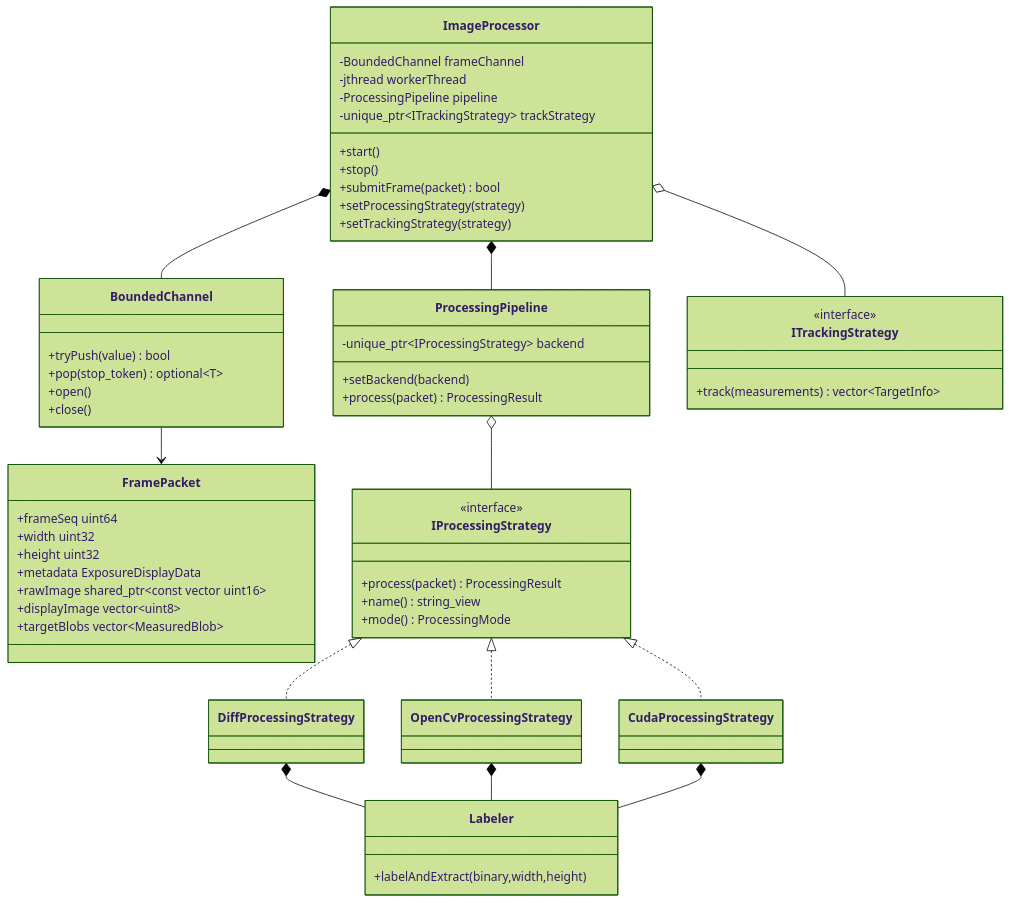
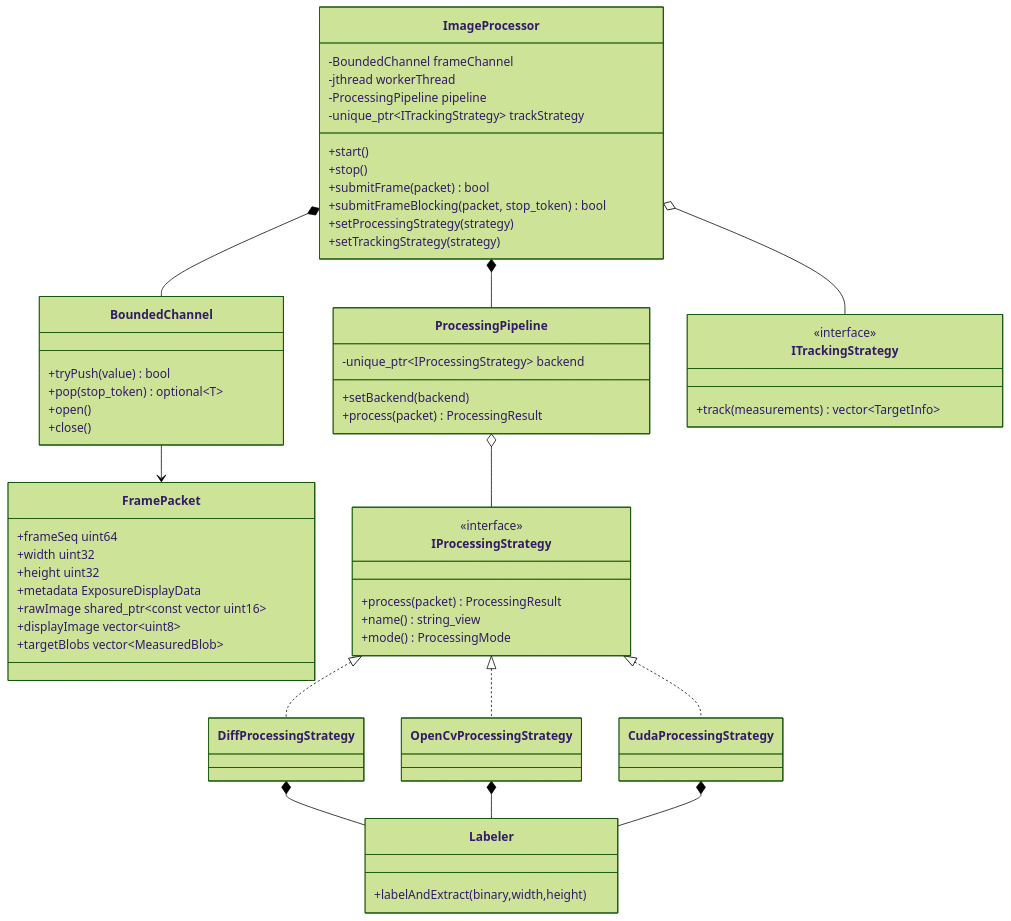
The second of 5 diagrams in docs/module-processing.md (with-fair-wind/1mZGG), drawn with Mermaid (forest theme) before and after one commit. The commit also changed other lines of this file and 21 other files, not shown here.

````diff
--- a/docs/module-processing.md
+++ b/docs/module-processing.md
@@ -191,62 +193,63 @@
 ```mermaid
 classDiagram
     class FramePacket {
         +frameSeq uint64
         +width uint32
         +height uint32
         +metadata ExposureDisplayData
         +rawImage shared_ptr~const vector uint16~
         +displayImage vector~uint8~
         +targetBlobs vector~MeasuredBlob~
     }
     class BoundedChannel {
         +tryPush(value) bool
         +pop(stop_token) optional~T~
         +open()
         +close()
     }
     class ImageProcessor {
         -BoundedChannel frameChannel
         -jthread workerThread
         -ProcessingPipeline pipeline
         -unique_ptr~ITrackingStrategy~ trackStrategy
         +start()
         +stop()
         +submitFrame(packet) bool
+        +submitFrameBlocking(packet, stop_token) bool
         +setProcessingStrategy(strategy)
         +setTrackingStrategy(strategy)
     }
     class ProcessingPipeline {
         -unique_ptr~IProcessingStrategy~ backend
         +setBackend(backend)
         +process(packet) ProcessingResult
     }
     class IProcessingStrategy {
         <<interface>>
         +process(packet) ProcessingResult
         +name() string_view
         +mode() ProcessingMode
     }
     class DiffProcessingStrategy
     class OpenCvProcessingStrategy
     class CudaProcessingStrategy
     class Labeler {
         +labelAndExtract(binary,width,height)
     }
     class ITrackingStrategy {
         <<interface>>
         +track(measurements) vector~TargetInfo~
     }
 
     ImageProcessor *-- BoundedChannel
     ImageProcessor *-- ProcessingPipeline
     ProcessingPipeline o-- IProcessingStrategy
     IProcessingStrategy <|.. DiffProcessingStrategy
     IProcessingStrategy <|.. OpenCvProcessingStrategy
     IProcessingStrategy <|.. CudaProcessingStrategy
     DiffProcessingStrategy *-- Labeler
     OpenCvProcessingStrategy *-- Labeler
     CudaProcessingStrategy *-- Labeler
     ImageProcessor o-- ITrackingStrategy
     BoundedChannel --> FramePacket
 ```
````
